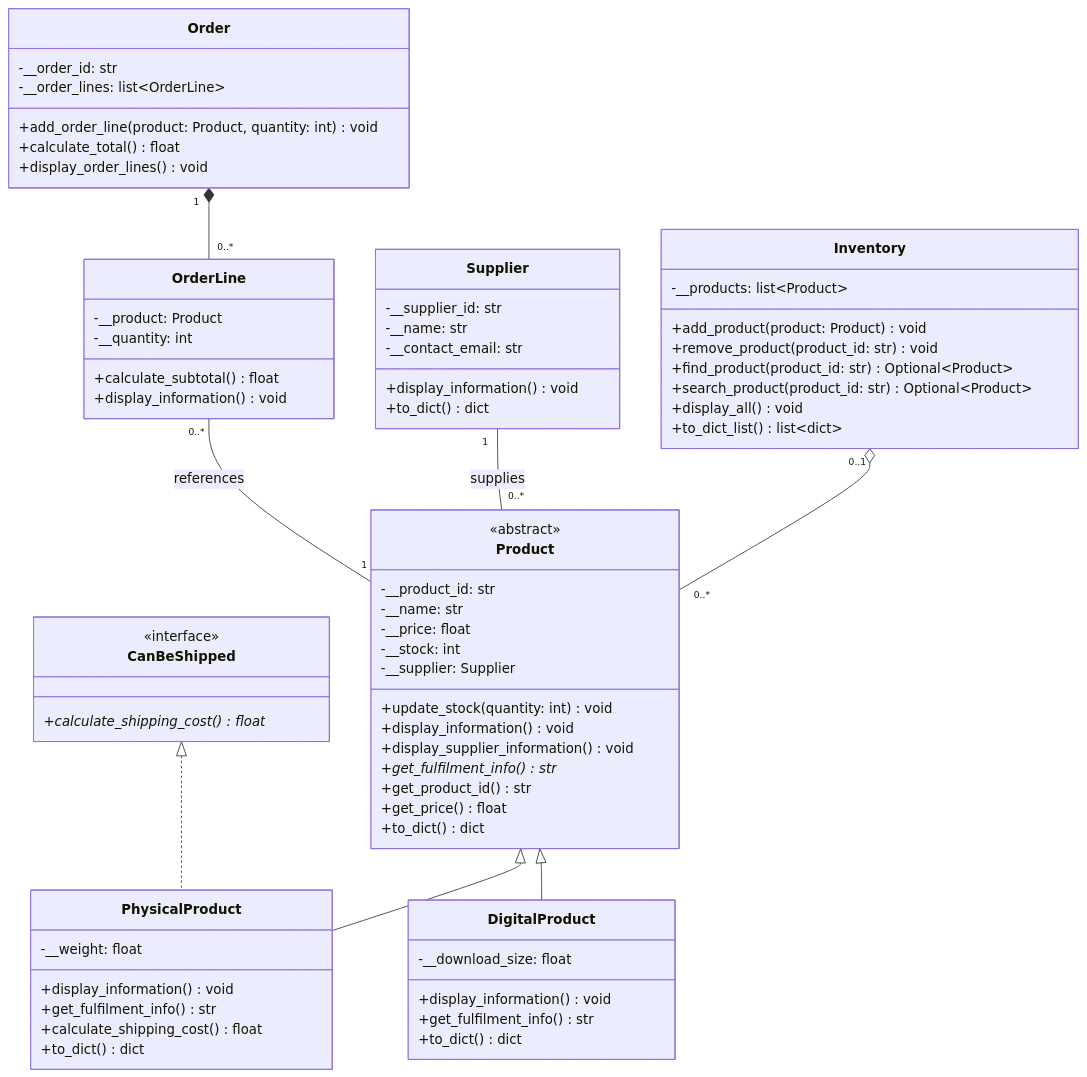
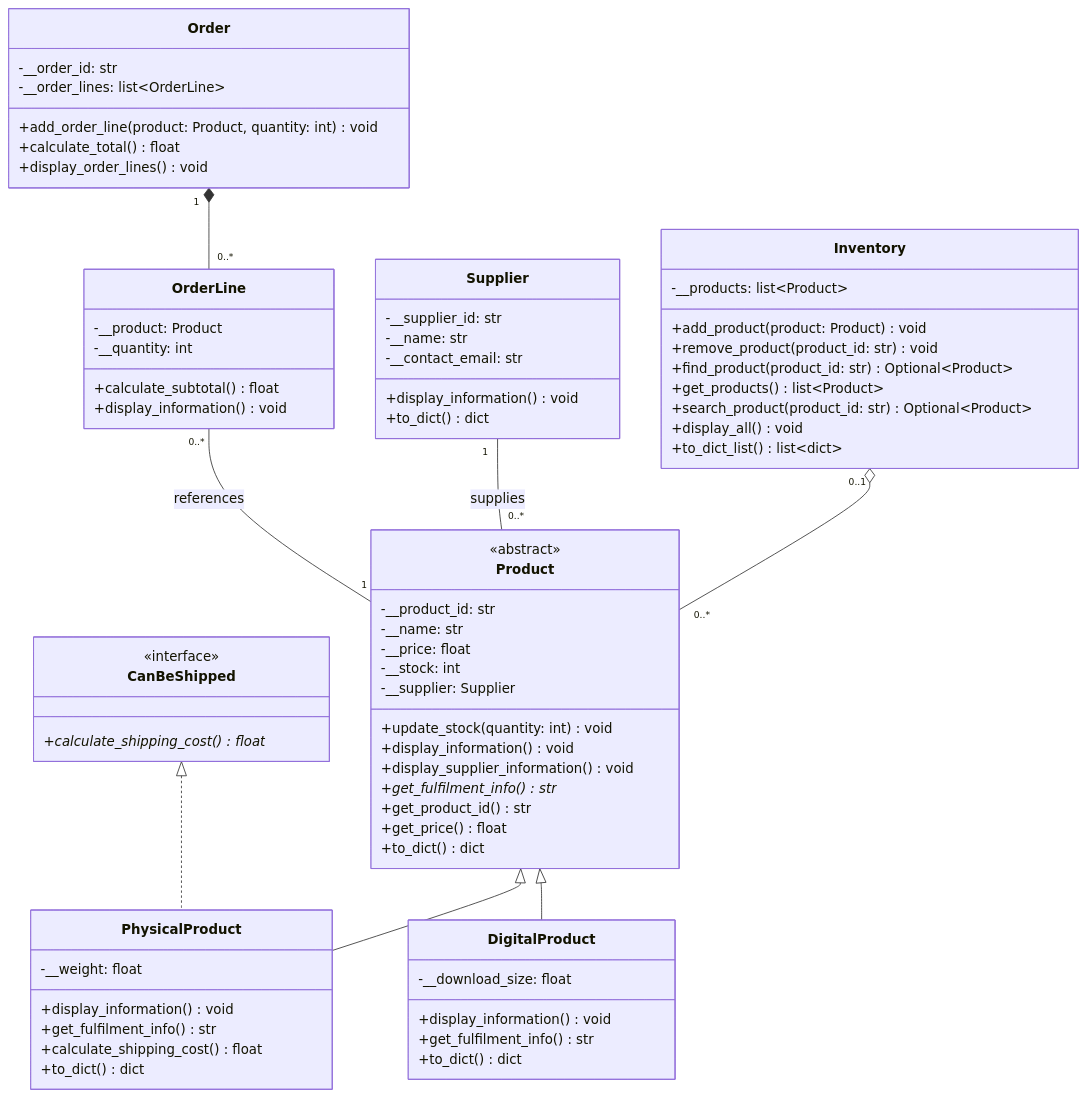
The diagram in Lab8-2604708/UML_class_diagram.md (damien-xy/INF1103-Lab), drawn with Mermaid before and after one commit. The commit also changed 4 other files, not shown here.

```diff
--- a/Lab8-2604708/UML_class_diagram.md
+++ b/Lab8-2604708/UML_class_diagram.md
@@ -33,6 +33,7 @@
         +add_product(product: Product) void
         +remove_product(product_id: str) void
         +find_product(product_id: str) Optional~Product~
+        +get_products() list~Product~
         +search_product(product_id: str) Optional~Product~
         +display_all() void
         +to_dict_list() list~dict~
```
